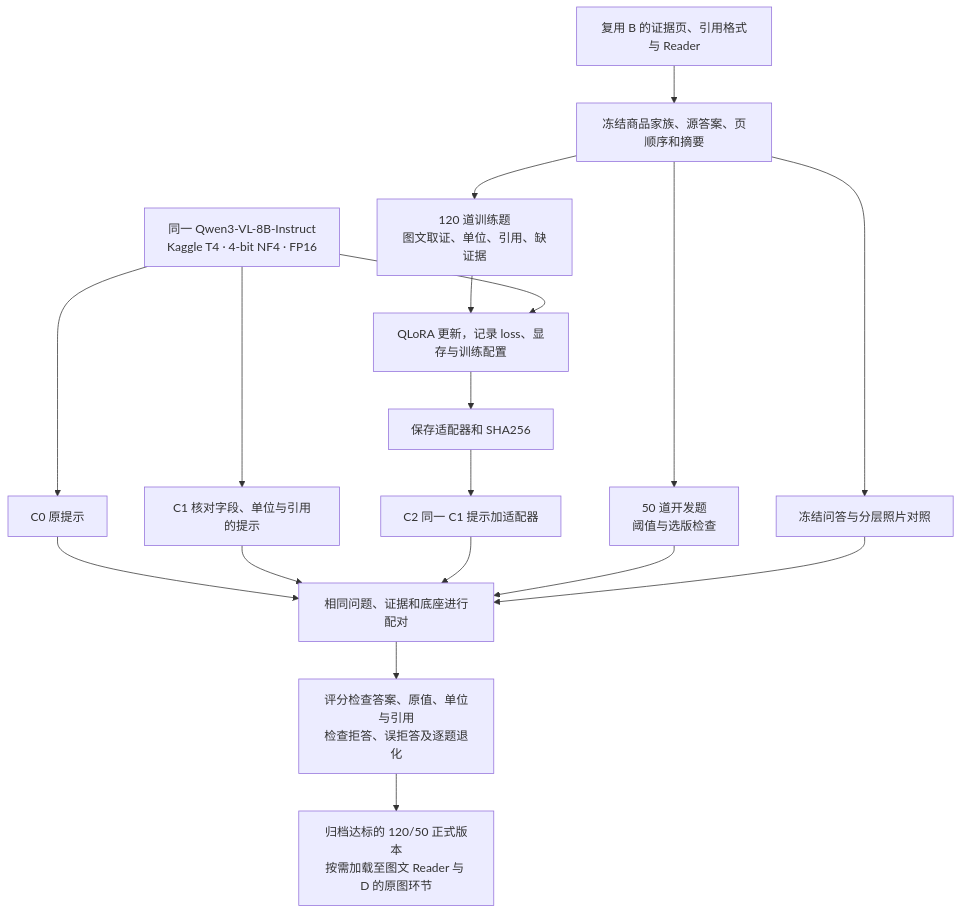
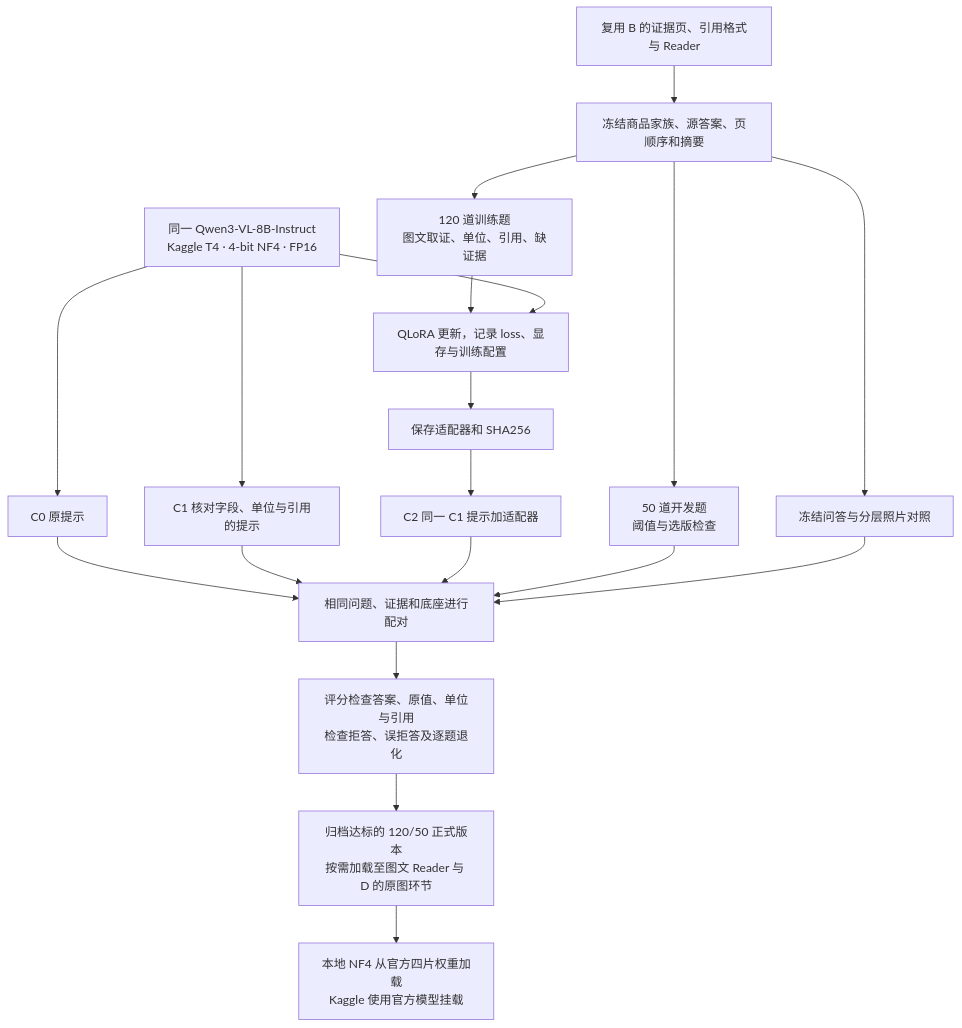
The third of 4 diagrams in docs/A-D阶段流程.md (AaronYue77/ABO-Adaptive-RAG), drawn with Mermaid before and after one commit. The commit also changed other lines of this file and 19 other files, not shown here.

Commit message:
Make ABO model runtime and Kaggle bootstrap standalone

````diff
--- a/docs/A-D阶段流程.md
+++ b/docs/A-D阶段流程.md
@@ -71,20 +72,21 @@
 ```mermaid
 flowchart TD
     evidence["复用 B 的证据页、引用格式与 Reader"] --> frozen["冻结商品家族、源答案、页顺序和摘要"]
     frozen --> train["120 道训练题<br/>图文取证、单位、引用、缺证据"]
     frozen --> dev["50 道开发题<br/>阈值与选版检查"]
     frozen --> suite["冻结问答与分层照片对照"]
     model["同一 Qwen3-VL-8B-Instruct<br/>Kaggle T4 · 4-bit NF4 · FP16"] --> base["C0 原提示"]
     model --> prompted["C1 核对字段、单位与引用的提示"]
     train --> finetune["QLoRA 更新，记录 loss、显存与训练配置"]
     model --> finetune
     finetune --> adapter["保存适配器和 SHA256"]
     adapter --> adapted["C2 同一 C1 提示加适配器"]
     base --> paired["相同问题、证据和底座进行配对"]
     prompted --> paired
     adapted --> paired
     dev --> paired
     suite --> paired
     paired --> score["评分检查答案、原值、单位与引用<br/>检查拒答、误拒答及逐题退化"]
     score --> publish["归档达标的 120/50 正式版本<br/>按需加载至图文 Reader 与 D 的原图环节"]
+    publish --> runtime["本地 NF4 从官方四片权重加载<br/>Kaggle 使用官方模型挂载"]
 ```
````
